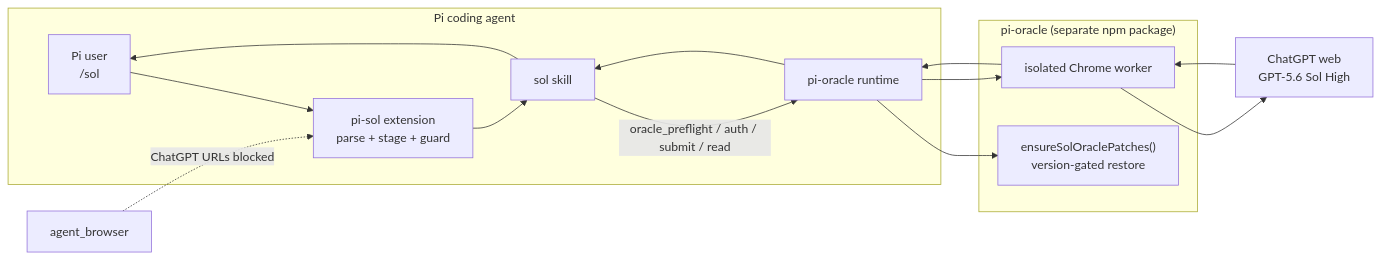
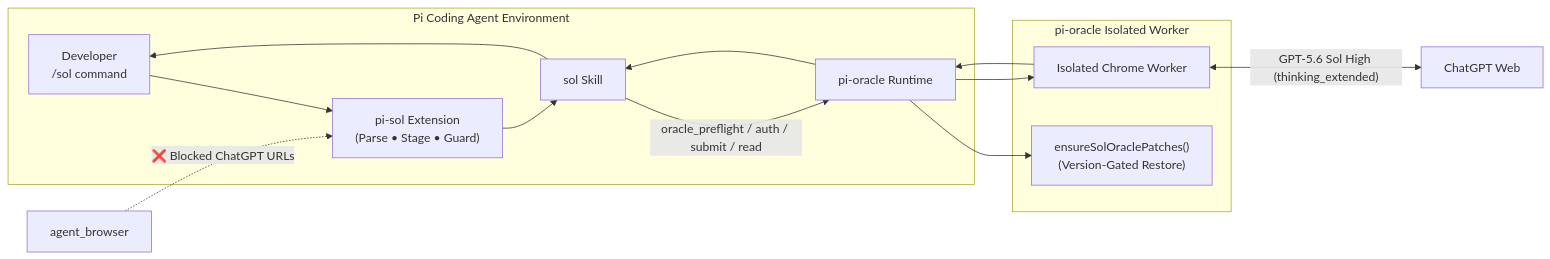
The first of 2 diagrams in README.md (xiangbianpangde/pi-sol), drawn with Mermaid before and after one commit. The commit also changed other lines of this file and 3 other files, not shown here.

````diff
--- a/README.md
+++ b/README.md
@@ -199,18 +184,15 @@
 ```mermaid
 flowchart LR
-    subgraph Pi["Pi coding agent"]
-        U["Pi user<br/>/sol"] --> E["pi-sol extension<br/>parse + stage + guard"]
-        E --> SK["sol skill"]
-        SK -->|"oracle_preflight / auth / submit / read"| RT["pi-oracle runtime"]
+    subgraph Pi["Pi Coding Agent Environment"]
+        U["Developer<br/>/sol command"] --> E["pi-sol Extension<br/>(Parse • Stage • Guard)"]
+        E --> SK["sol Skill"]
+        SK -->|"oracle_preflight / auth / submit / read"| RT["pi-oracle Runtime"]
     end
-    subgraph Oracle["pi-oracle (separate npm package)"]
-        RT --> PCH["ensureSolOraclePatches()<br/>version-gated restore"]
-        RT --> W["isolated Chrome worker"]
+    subgraph Oracle["pi-oracle Isolated Worker"]
+        RT --> PCH["ensureSolOraclePatches()<br/>(Version-Gated Restore)"]
+        RT --> W["Isolated Chrome Worker"]
     end
-    W --> C["ChatGPT web<br/>GPT-5.6 Sol High"]
-    C --> W
-    W --> RT
-    RT --> SK
-    SK --> U
-    B["agent_browser"] -. "ChatGPT URLs blocked" .-> E
+    W <-->|"GPT-5.6 Sol High (thinking_extended)"| C["ChatGPT Web"]
+    W --> RT --> SK --> U
+    B["agent_browser"] -. "❌ Blocked ChatGPT URLs" .-> E
 ```
````
